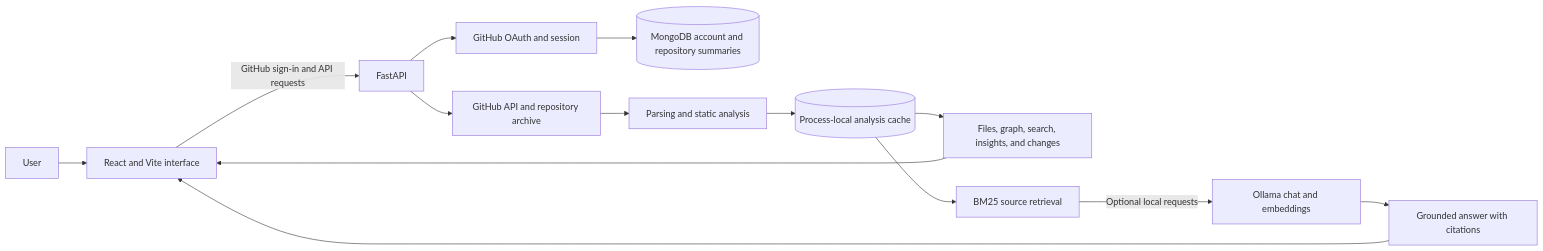
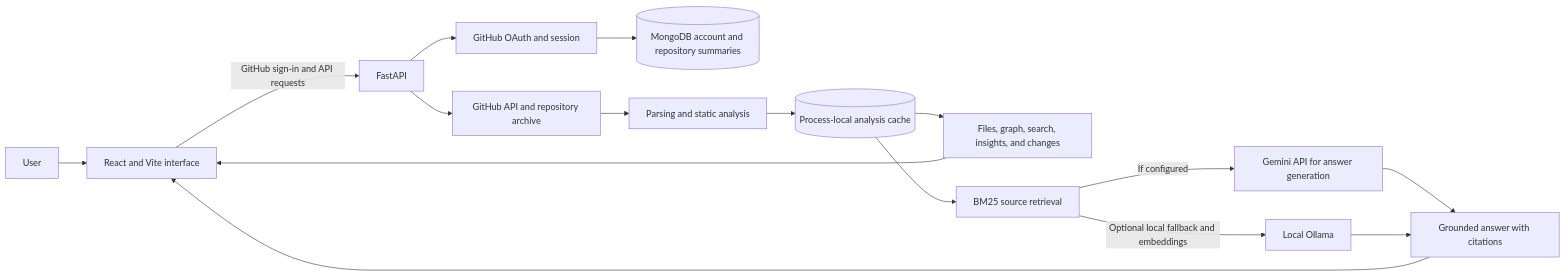
Before and after one commit to Shivanshi388/RepoMind: the first of 2 diagrams in README.md, drawn with Mermaid. The commit also changed other lines of this file and 6 other files, not shown here.

````diff
--- a/README.md
+++ b/README.md
@@ -156,16 +156,18 @@
 ```mermaid
 flowchart LR
     U[User] --> UI[React and Vite interface]
     UI -->|GitHub sign-in and API requests| API[FastAPI]
     API --> AUTH[GitHub OAuth and session]
     AUTH --> DB[(MongoDB account and repository summaries)]
     API --> GH[GitHub API and repository archive]
     GH --> ANALYZE[Parsing and static analysis]
     ANALYZE --> CACHE[(Process-local analysis cache)]
     CACHE --> VIEWS[Files, graph, search, insights, and changes]
     CACHE --> RETRIEVAL[BM25 source retrieval]
-    RETRIEVAL -->|Optional local requests| OLLAMA[Ollama chat and embeddings]
-    OLLAMA --> ANSWER[Grounded answer with citations]
+    RETRIEVAL -->|If configured| GEMINI[Gemini API for answer generation]
+    RETRIEVAL -->|Optional local fallback and embeddings| OLLAMA[Local Ollama]
+    GEMINI --> ANSWER[Grounded answer with citations]
+    OLLAMA --> ANSWER
     VIEWS --> UI
     ANSWER --> UI
 ```
````
